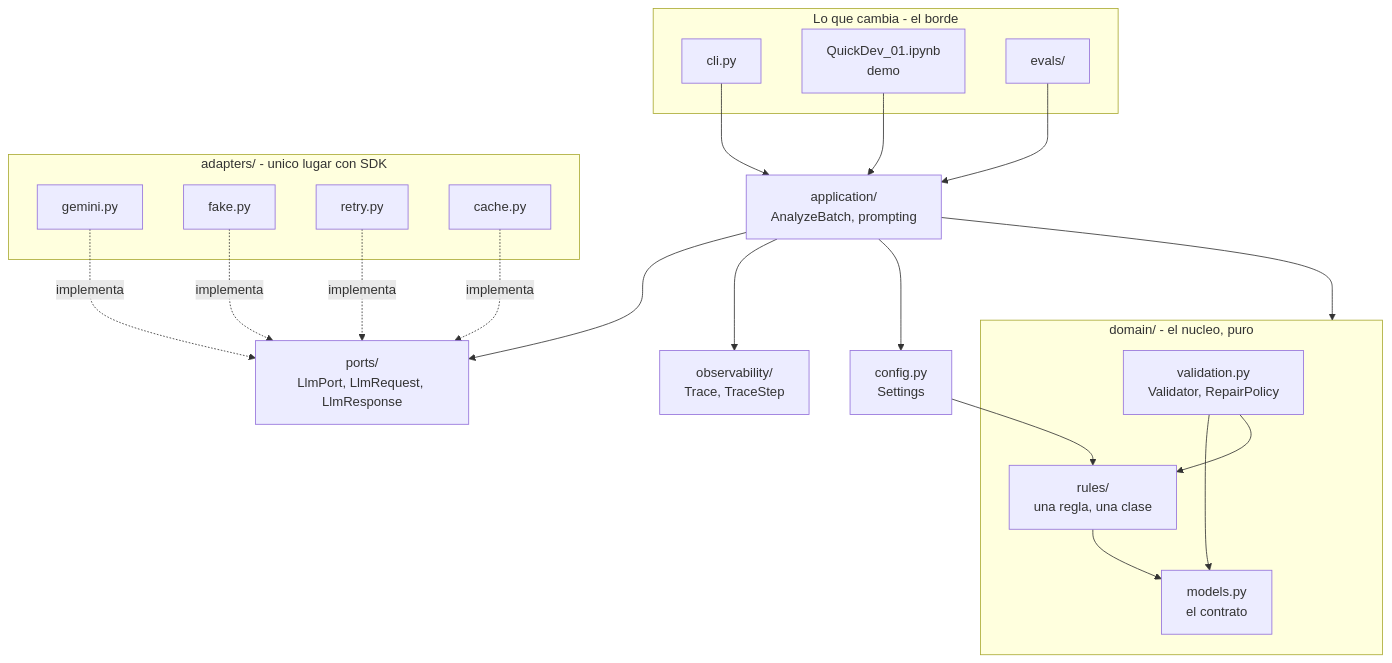
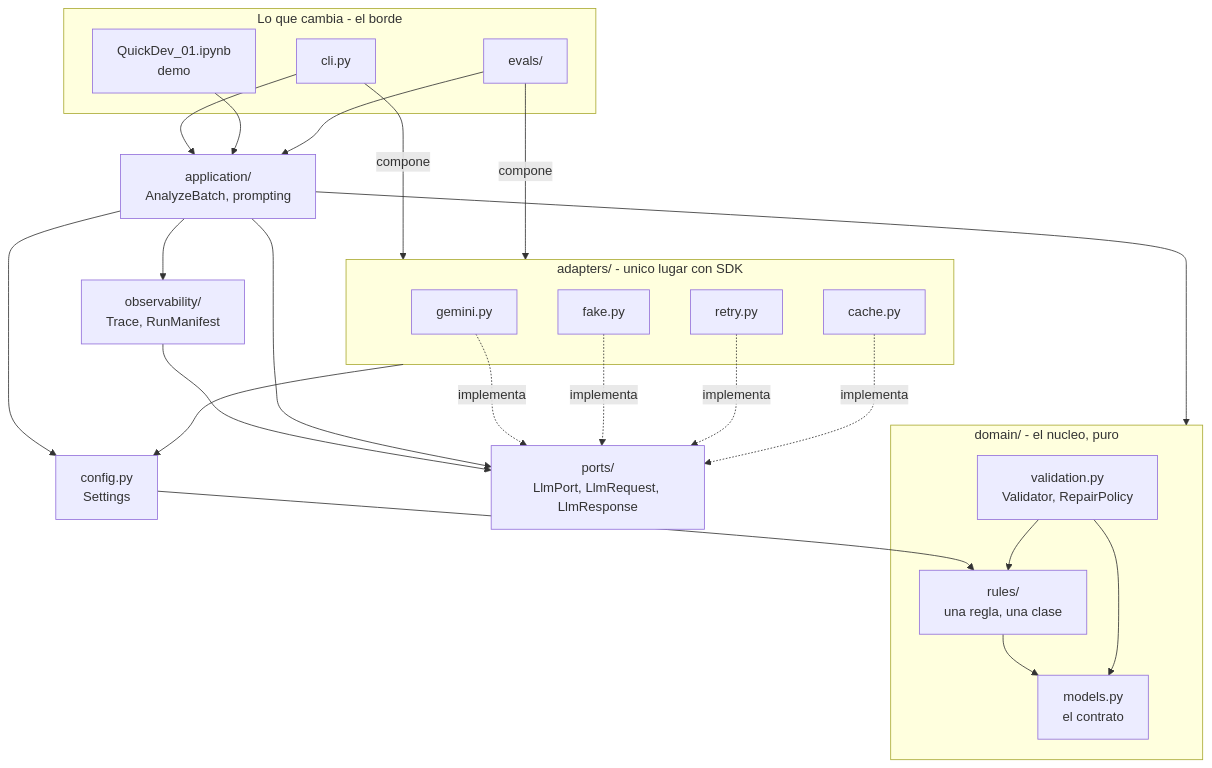
The second of 3 diagrams in docs/arquitectura.md (david181222/QuickDev), drawn with Mermaid before and after one commit. The commit also changed other lines of this file and 3 other files, not shown here.

````diff
--- a/docs/arquitectura.md
+++ b/docs/arquitectura.md
@@ -98,42 +99,46 @@
 ```mermaid
 flowchart TB
     subgraph BORDE["Lo que cambia - el borde"]
         CLI["cli.py"]
         NB["QuickDev_01.ipynb<br/>demo"]
         EV["evals/"]
     end
 
     subgraph ADAPT["adapters/ - unico lugar con SDK"]
         GEM["gemini.py"]
         FAKE["fake.py"]
         RET["retry.py"]
         CACHE["cache.py"]
     end
 
     APP["application/<br/>AnalyzeBatch, prompting"]
     PORTS["ports/<br/>LlmPort, LlmRequest, LlmResponse"]
-    OBS["observability/<br/>Trace, TraceStep"]
+    OBS["observability/<br/>Trace, RunManifest"]
     CONF["config.py<br/>Settings"]
 
     subgraph CORE["domain/ - el nucleo, puro"]
         MOD["models.py<br/>el contrato"]
         RULES["rules/<br/>una regla, una clase"]
         VALID["validation.py<br/>Validator, RepairPolicy"]
     end
 
     CLI --> APP
     NB --> APP
     EV --> APP
+    CLI -->|compone| ADAPT
+    EV -->|compone| ADAPT
+    ADAPT --> CONF
+    OBS --> PORTS
     APP --> PORTS
     APP --> CORE
     APP --> OBS
     APP --> CONF
     CONF --> RULES
     RULES --> MOD
     VALID --> MOD
     VALID --> RULES
     GEM -.->|implementa| PORTS
     FAKE -.->|implementa| PORTS
     RET -.->|implementa| PORTS
     CACHE -.->|implementa| PORTS
 ```
````
